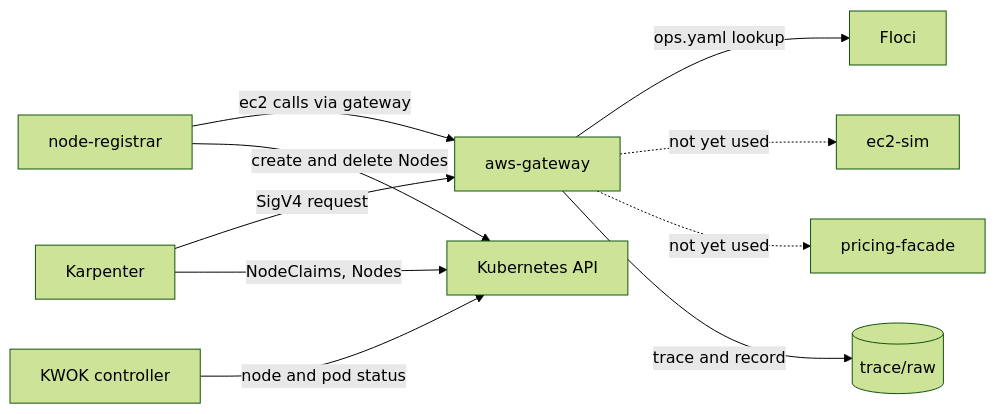
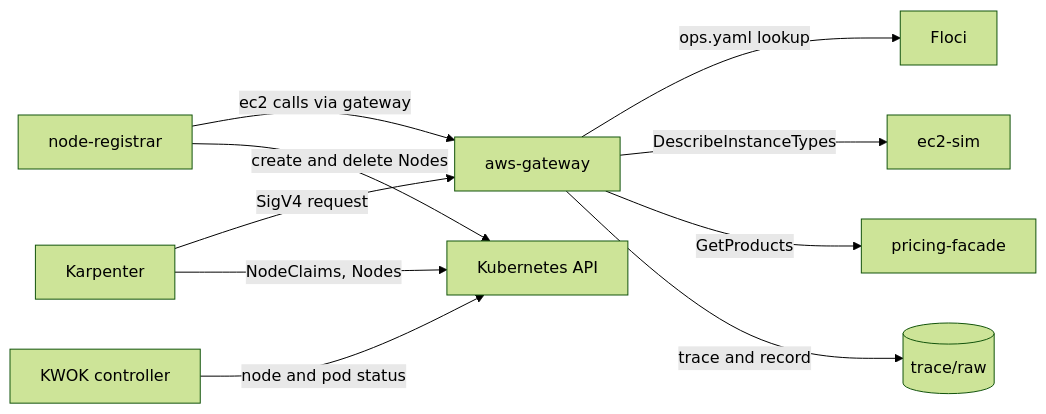
Before and after one commit to tazzledazzle/meridian-k8s: the diagram in docs/wiki/Architecture.md, drawn with Mermaid (forest theme). The commit also changed other lines of this file and 8 other files, not shown here.

````diff
--- a/docs/wiki/Architecture.md
+++ b/docs/wiki/Architecture.md
@@ -19,12 +19,12 @@
 ```mermaid
 flowchart LR
     K[Karpenter] -->|SigV4 request| G[aws-gateway]
     G -->|ops.yaml lookup| F[Floci]
-    G -.->|not yet used| S[ec2-sim]
-    G -.->|not yet used| P[pricing-facade]
+    G -->|DescribeInstanceTypes| S[ec2-sim]
+    G -->|GetProducts| P[pricing-facade]
     G -->|trace and record| T[(trace/raw)]
     R[node-registrar] -->|ec2 calls via gateway| G
     R -->|create and delete Nodes| A[Kubernetes API]
     W[KWOK controller] -->|node and pod status| A
     K -->|NodeClaims, Nodes| A
 ```
````
